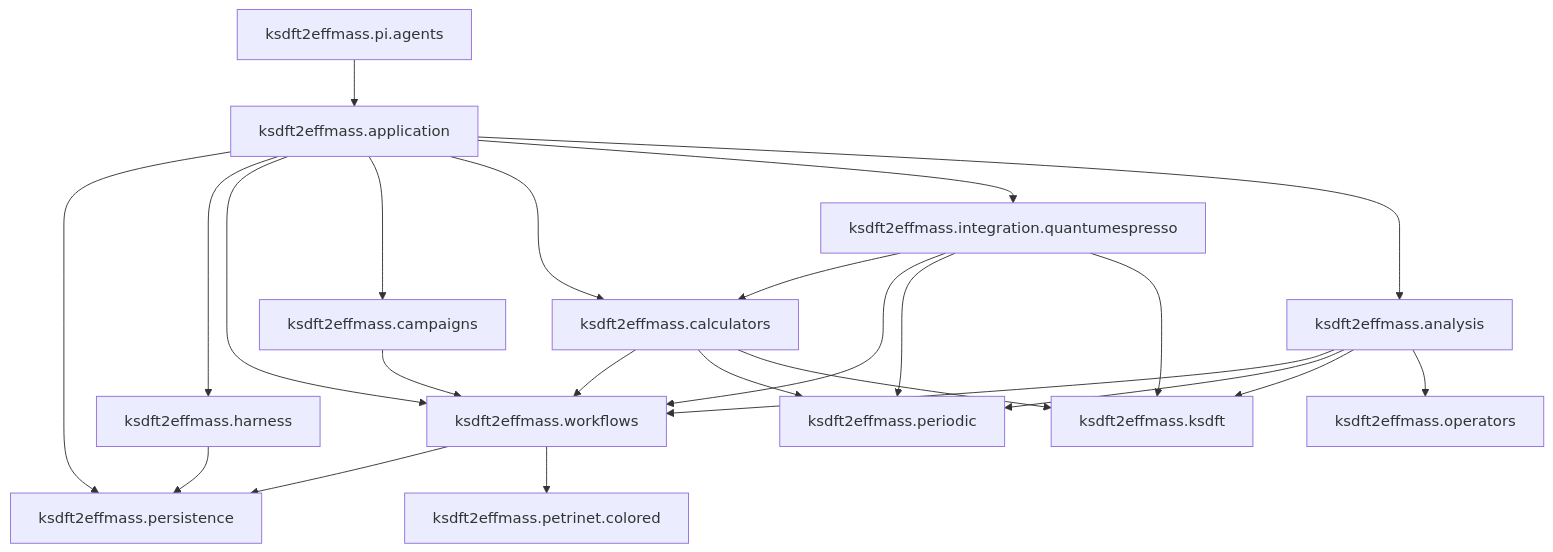
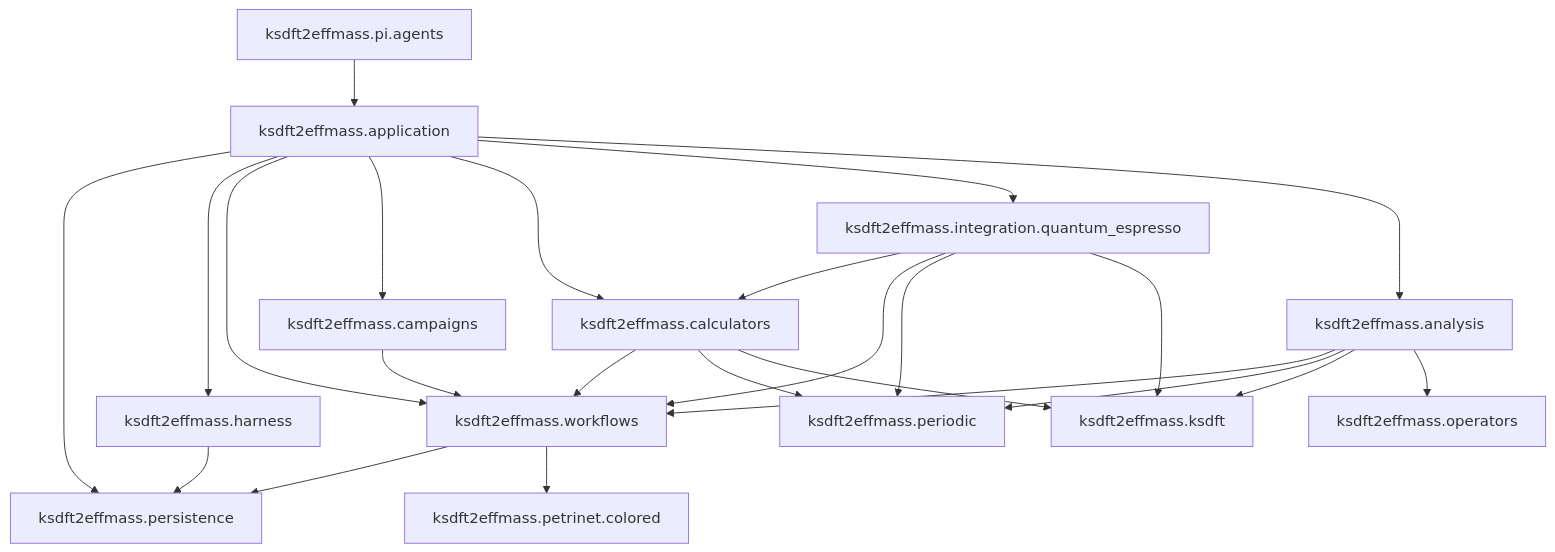
One commit to eragasa/ksdft2effmass changed the diagram in docs/architecture/v2/index.md. Above: the diagram before and after it, drawn with Mermaid. The commit also changed other lines of this file and 119 other files, not shown here.

Commit message:
Complete Quantum ESPRESSO integration boundary

````diff
--- a/docs/architecture/v2/index.md
+++ b/docs/architecture/v2/index.md
@@ -7,40 +7,40 @@
 ```mermaid
 flowchart TB
     application["ksdft2effmass.application"]
     persistence["ksdft2effmass.persistence"]
     harness["ksdft2effmass.harness"]
     workflows["ksdft2effmass.workflows"]
     petrinet["ksdft2effmass.petrinet.colored"]
     campaigns["ksdft2effmass.campaigns"]
     calculators["ksdft2effmass.calculators"]
-    integration["ksdft2effmass.integration.quantumespresso"]
+    integration["ksdft2effmass.integration.quantum_espresso"]
     periodic["ksdft2effmass.periodic"]
     ksdft["ksdft2effmass.ksdft"]
     operators["ksdft2effmass.operators"]
     analysis["ksdft2effmass.analysis"]
     pi_agents["ksdft2effmass.pi.agents"]
 
     pi_agents --> application
     application --> persistence
     application --> harness
     application --> workflows
     harness --> persistence
     workflows --> persistence
     application --> campaigns
     application --> calculators
     application --> integration
     application --> analysis
     campaigns --> workflows
     calculators --> workflows
     workflows --> petrinet
     integration --> calculators
     integration --> workflows
     integration --> periodic
     integration --> ksdft
     calculators --> periodic
     calculators --> ksdft
     analysis --> workflows
     analysis --> periodic
     analysis --> ksdft
     analysis --> operators
 ```
````
